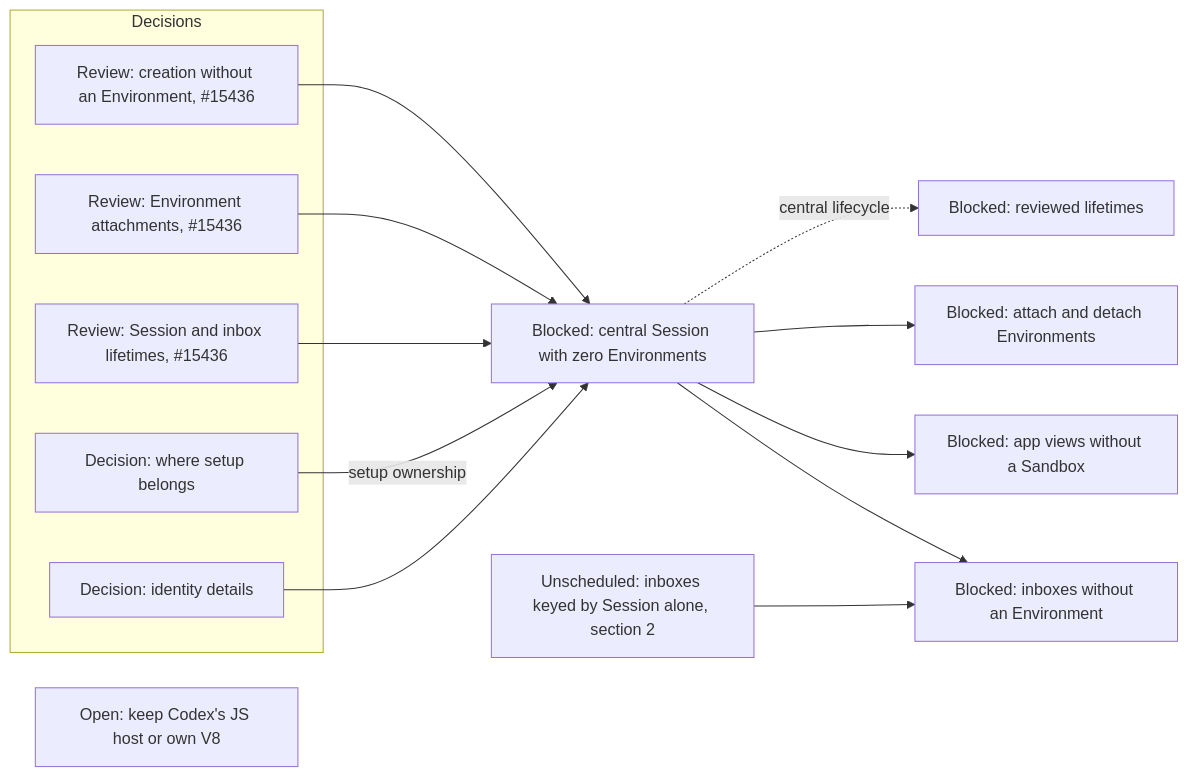
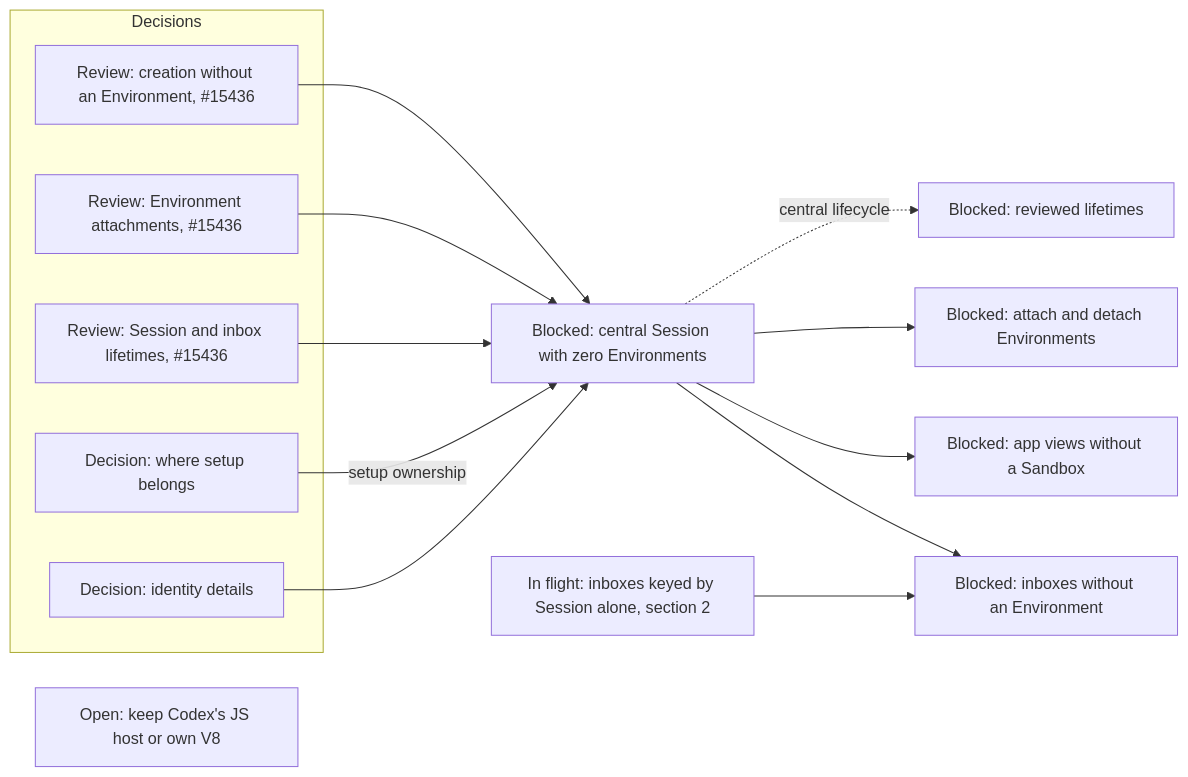
Before and after one commit to agentydragon/ducktape: the second of 20 diagrams in agentplane/plans/task_dag.md, drawn with Mermaid. The commit also changed other lines of this file and 16 other files, not shown here.

````diff
--- a/agentplane/plans/task_dag.md
+++ b/agentplane/plans/task_dag.md
@@ -237,22 +221,22 @@
 ```mermaid
 flowchart LR
     subgraph DECIDE[Decisions]
         CENTRAL_SESSION_CREATION_CONTRACT[Review: creation without an Environment, #15436]
         SESSION_ATTACHMENT_CONTRACT[Review: Environment attachments, #15436]
         SESSION_AND_INBOX_LIFETIME[Review: Session and inbox lifetimes, #15436]
         SESSION_ENVIRONMENT_SETUP_DESIGN[Decision: where setup belongs]
         SESSION_IDENTITY_CONTRACT[Decision: identity details]
     end
     CENTRAL_SESSION_WITHOUT_ENVIRONMENT[Blocked: central Session with zero Environments]
     CODE_MODE_HOST_DESIGN[Open: keep Codex's JS host or own V8]
     CENTRAL_SESSION_CREATION_CONTRACT --> CENTRAL_SESSION_WITHOUT_ENVIRONMENT
     SESSION_ATTACHMENT_CONTRACT --> CENTRAL_SESSION_WITHOUT_ENVIRONMENT
     SESSION_AND_INBOX_LIFETIME --> CENTRAL_SESSION_WITHOUT_ENVIRONMENT
     SESSION_IDENTITY_CONTRACT --> CENTRAL_SESSION_WITHOUT_ENVIRONMENT
     SESSION_ENVIRONMENT_SETUP_DESIGN -- setup ownership --> CENTRAL_SESSION_WITHOUT_ENVIRONMENT
     CENTRAL_SESSION_WITHOUT_ENVIRONMENT --> CENTRAL_SESSION_NOTIFICATIONS[Blocked: inboxes without an Environment]
-    INBOX_SESSION_KEYING[Unscheduled: inboxes keyed by Session alone, section 2] --> CENTRAL_SESSION_NOTIFICATIONS
+    INBOX_SESSION_KEYING[In flight: inboxes keyed by Session alone, section 2] --> CENTRAL_SESSION_NOTIFICATIONS
     CENTRAL_SESSION_WITHOUT_ENVIRONMENT --> SESSION_HISTORY_PRESENTATION[Blocked: app views without a Sandbox]
     CENTRAL_SESSION_WITHOUT_ENVIRONMENT --> SESSION_ENV_ATTACHMENTS[Blocked: attach and detach Environments]
     CENTRAL_SESSION_WITHOUT_ENVIRONMENT -. central lifecycle .-> SESSION_LIFETIME_IMPLEMENTATION[Blocked: reviewed lifetimes]
 ```
````
